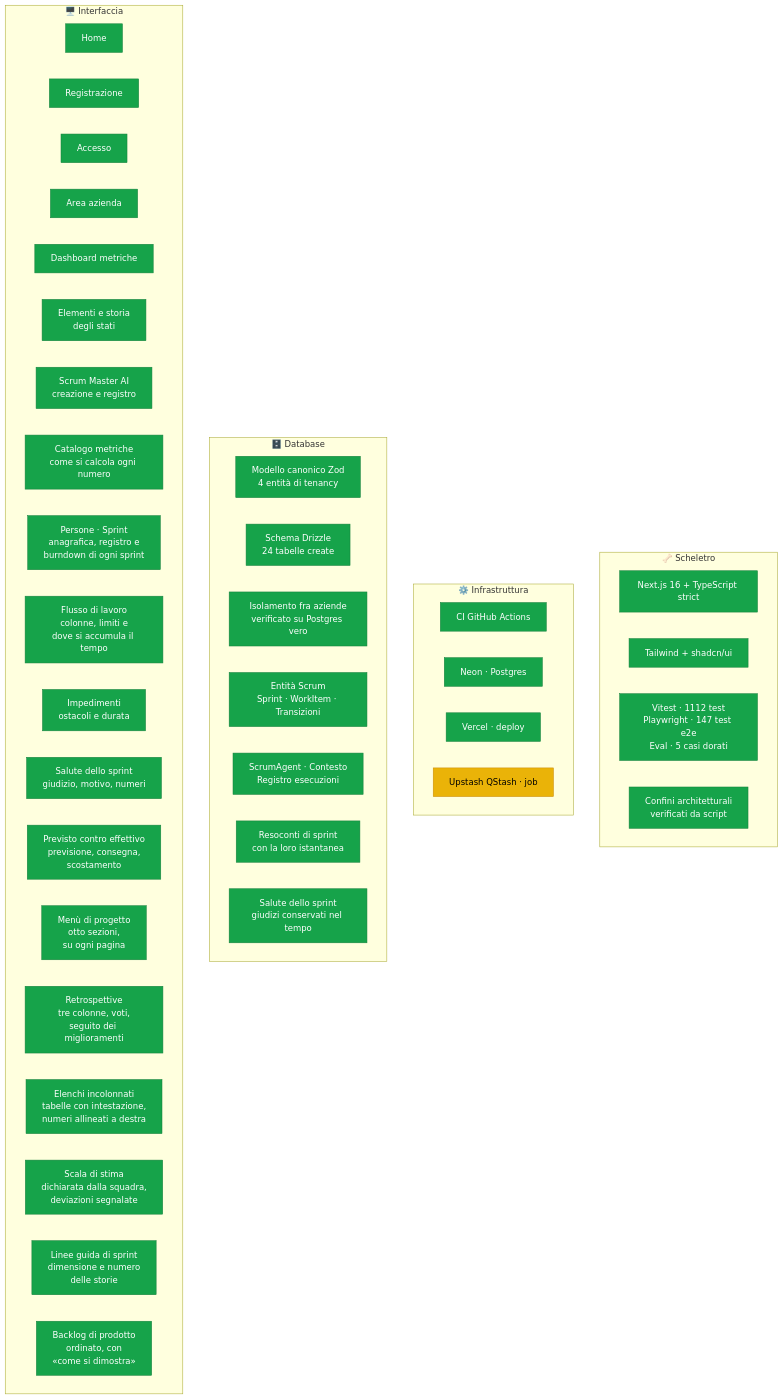
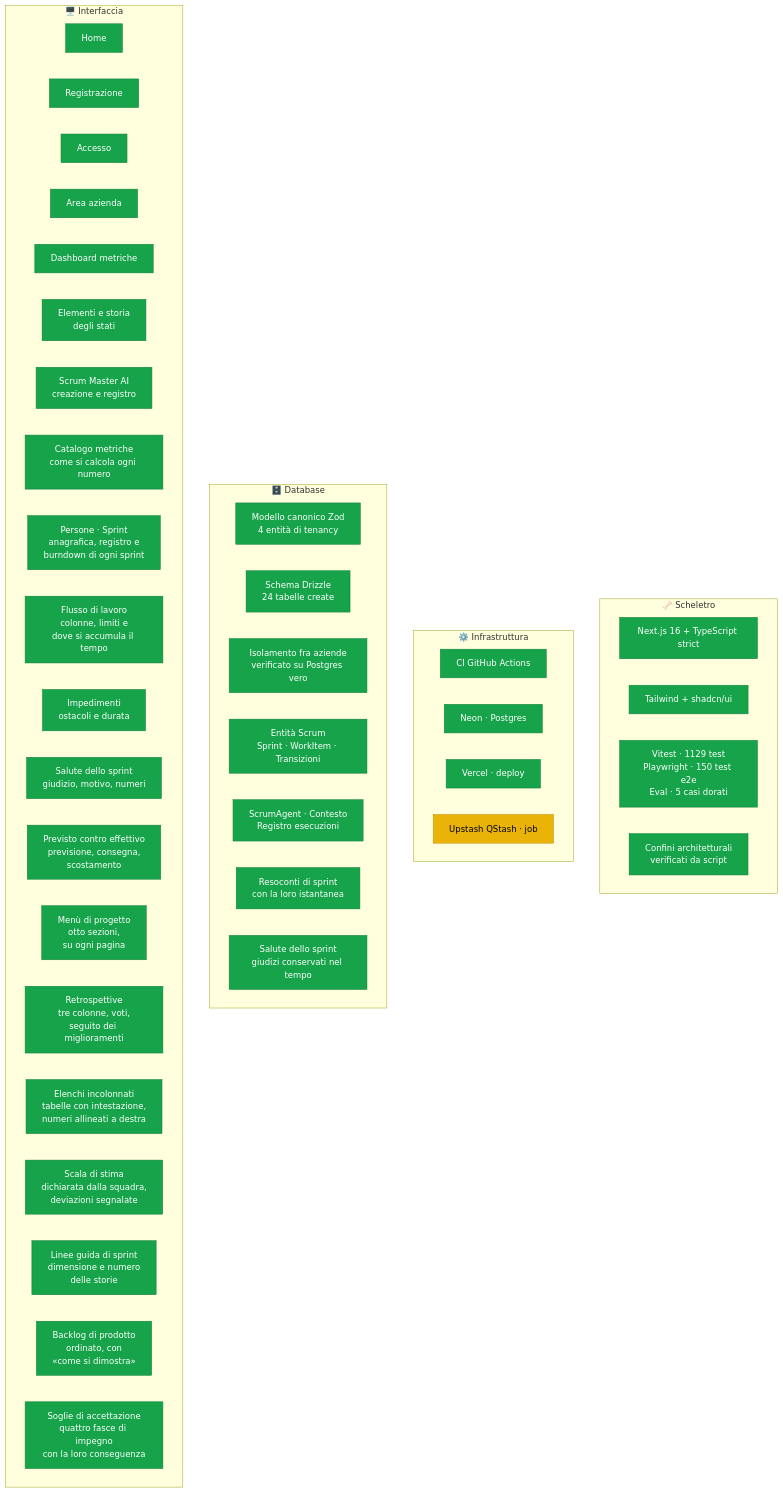
Before and after one commit to dibari62/scrum-master-ai: the first of 3 diagrams in docs/stato-progetto.md, drawn with Mermaid. The commit also changed other lines of this file and 21 other files, not shown here.

First line of the commit message:
feat(domain): le soglie di accettazione, quattro fasce di impegno

````diff
--- a/docs/stato-progetto.md
+++ b/docs/stato-progetto.md
@@ -16,58 +16,59 @@
 ```mermaid
 graph TB
     subgraph SCH["🦴 Scheletro"]
         S1["Next.js 16 + TypeScript strict"]
         S2["Tailwind + shadcn/ui"]
-        S3["Vitest · 1112 test<br/>Playwright · 147 test e2e<br/>Eval · 5 casi dorati"]
+        S3["Vitest · 1129 test<br/>Playwright · 150 test e2e<br/>Eval · 5 casi dorati"]
         S4["Confini architetturali<br/>verificati da script"]
     end
 
     subgraph INF["⚙️ Infrastruttura"]
         I1["CI GitHub Actions"]
         I2["Neon · Postgres"]
         I3["Vercel · deploy"]
         I4["Upstash QStash · job"]
     end
 
     subgraph DB["🗄️ Database"]
         D1["Modello canonico Zod<br/>4 entità di tenancy"]
         D2["Schema Drizzle<br/>24 tabelle create"]
         D3["Isolamento fra aziende<br/>verificato su Postgres vero"]
         D4["Entità Scrum<br/>Sprint · WorkItem · Transizioni"]
         D5["ScrumAgent · Contesto<br/>Registro esecuzioni"]
         D6["Resoconti di sprint<br/>con la loro istantanea"]
         D7["Salute dello sprint<br/>giudizi conservati nel tempo"]
     end
 
     subgraph UI["🖥️ Interfaccia"]
         U1["Home"]
         U2["Registrazione"]
         U3["Accesso"]
         U4["Area azienda"]
         U5["Dashboard metriche"]
         U7["Elementi e storia<br/>degli stati"]
         U6["Scrum Master AI<br/>creazione e registro"]
         U8["Catalogo metriche<br/>come si calcola ogni numero"]
         U9["Persone · Sprint<br/>anagrafica, registro e<br/>burndown di ogni sprint"]
         U10["Flusso di lavoro<br/>colonne, limiti e<br/>dove si accumula il tempo"]
         U11["Impedimenti<br/>ostacoli e durata"]
         U12["Salute dello sprint<br/>giudizio, motivo, numeri"]
         U13["Previsto contro effettivo<br/>previsione, consegna,<br/>scostamento"]
         U14["Menù di progetto<br/>otto sezioni,<br/>su ogni pagina"]
         U15["Retrospettive<br/>tre colonne, voti,<br/>seguito dei miglioramenti"]
         U16["Elenchi incolonnati<br/>tabelle con intestazione,<br/>numeri allineati a destra"]
         U17["Scala di stima<br/>dichiarata dalla squadra,<br/>deviazioni segnalate"]
         U18["Linee guida di sprint<br/>dimensione e numero<br/>delle storie"]
         U19["Backlog di prodotto<br/>ordinato, con<br/>«come si dimostra»"]
+        U20["Soglie di accettazione<br/>quattro fasce di impegno<br/>con la loro conseguenza"]
     end
 
     classDef fatto fill:#16a34a,stroke:#15803d,color:#fff
     classDef corso fill:#eab308,stroke:#ca8a04,color:#000
     classDef todo fill:#e5e7eb,stroke:#9ca3af,color:#6b7280
 
     class S1,S2,S3,S4 fatto
     class I1,I2,I3 fatto
     class I4 corso
     class D1,D2,D3,D4,D5,D6,D7 fatto
-    class U1,U2,U3,U4,U5,U6,U7,U8,U9,U10,U11,U12,U13,U14,U15,U16,U17,U18,U19 fatto
+    class U1,U2,U3,U4,U5,U6,U7,U8,U9,U10,U11,U12,U13,U14,U15,U16,U17,U18,U19,U20 fatto
 ```
````
